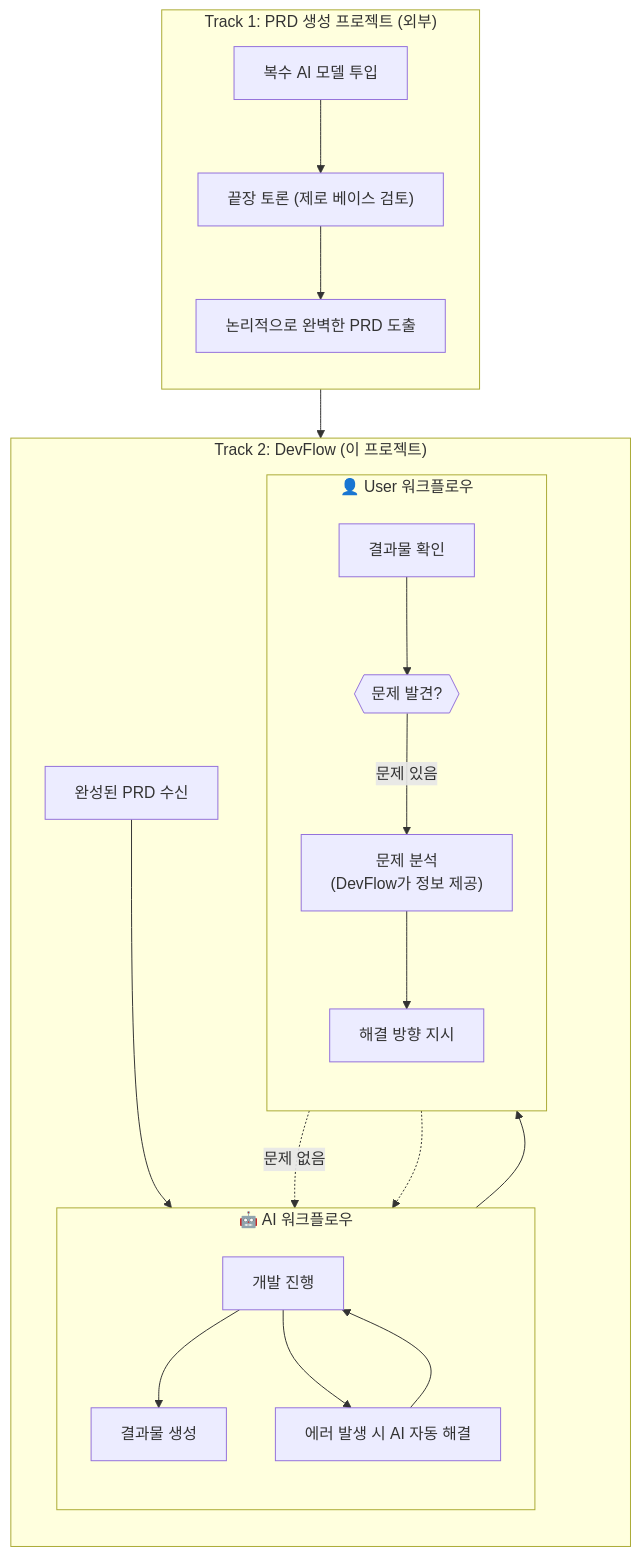
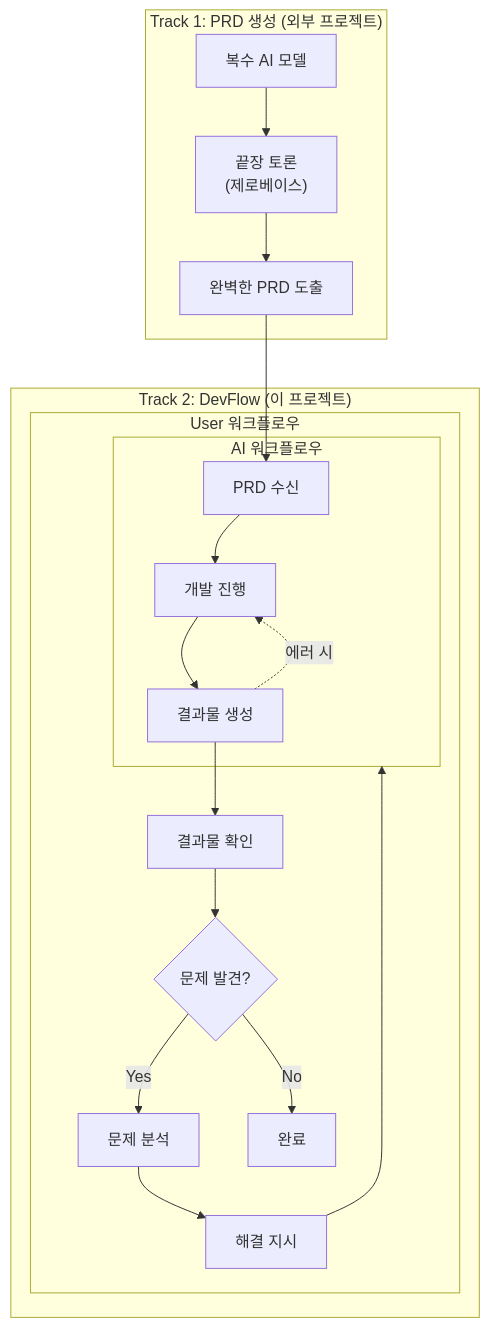
One commit to garimto81/project_master changed the first of 19 diagrams in tasks/prds/0005-prd-devflow-ai-collaboration.md. Above: the diagram before and after it, drawn with Mermaid. The commit also changed other lines of this file and 26 other files, not shown here.

````diff
--- a/tasks/prds/0005-prd-devflow-ai-collaboration.md
+++ b/tasks/prds/0005-prd-devflow-ai-collaboration.md
@@ -111,44 +63,27 @@
 ```mermaid
 flowchart TB
-    subgraph TRACK1["Track 1: PRD 생성 프로젝트 (외부)"]
-        direction TB
-        T1_1["복수 AI 모델 투입"]
-        T1_2["끝장 토론 (제로 베이스 검토)"]
-        T1_3["논리적으로 완벽한 PRD 도출"]
-        T1_1 --> T1_2
-        T1_2 --> T1_3
+    subgraph Track1["Track 1: PRD 생성 (외부 프로젝트)"]
+        AI1["복수 AI 모델"] --> Debate["끝장 토론<br/>(제로베이스)"]
+        Debate --> PRD["완벽한 PRD 도출"]
     end
 
-    T1_3 --> PRD
-
-    subgraph TRACK2["Track 2: DevFlow (이 프로젝트)"]
-        direction TB
-        PRD["완성된 PRD 수신"]
-
-        subgraph AI_ZONE["🤖 AI 워크플로우"]
-            direction TB
-            A1["개발 진행"]
-            A2["결과물 생성"]
-            A3["에러 발생 시 AI 자동 해결"]
-            A1 --> A2
-            A1 --> A3
-            A3 --> A1
+    subgraph Track2["Track 2: DevFlow (이 프로젝트)"]
+        subgraph AIFlow["AI 워크플로우"]
+            Receive["PRD 수신"] --> Dev["개발 진행"]
+            Dev --> Result["결과물 생성"]
+            Result -.->|에러 시| Dev
         end
 
-        subgraph USER_ZONE["👤 User 워크플로우"]
-            direction TB
-            U1["결과물 확인"]
-            U2{{"문제 발견?"}}
-            U3["문제 분석<br/>(DevFlow가 정보 제공)"]
-            U4["해결 방향 지시"]
-            U1 --> U2
-            U2 -->|"문제 있음"| U3
-            U3 --> U4
+        subgraph UserFlow["User 워크플로우"]
+            Check["결과물 확인"] --> Problem{"문제 발견?"}
+            Problem -->|Yes| Analyze["문제 분석"]
+            Analyze --> Instruct["해결 지시"]
+            Instruct --> AIFlow
+            Problem -->|No| Complete["완료"]
         end
 
-        PRD --> A1
-        A2 --> U1
-        U2 -.->|"문제 없음"| A1
-        U4 -.-> A1
+        Result --> Check
     end
+
+    PRD --> Receive
 ```
````
